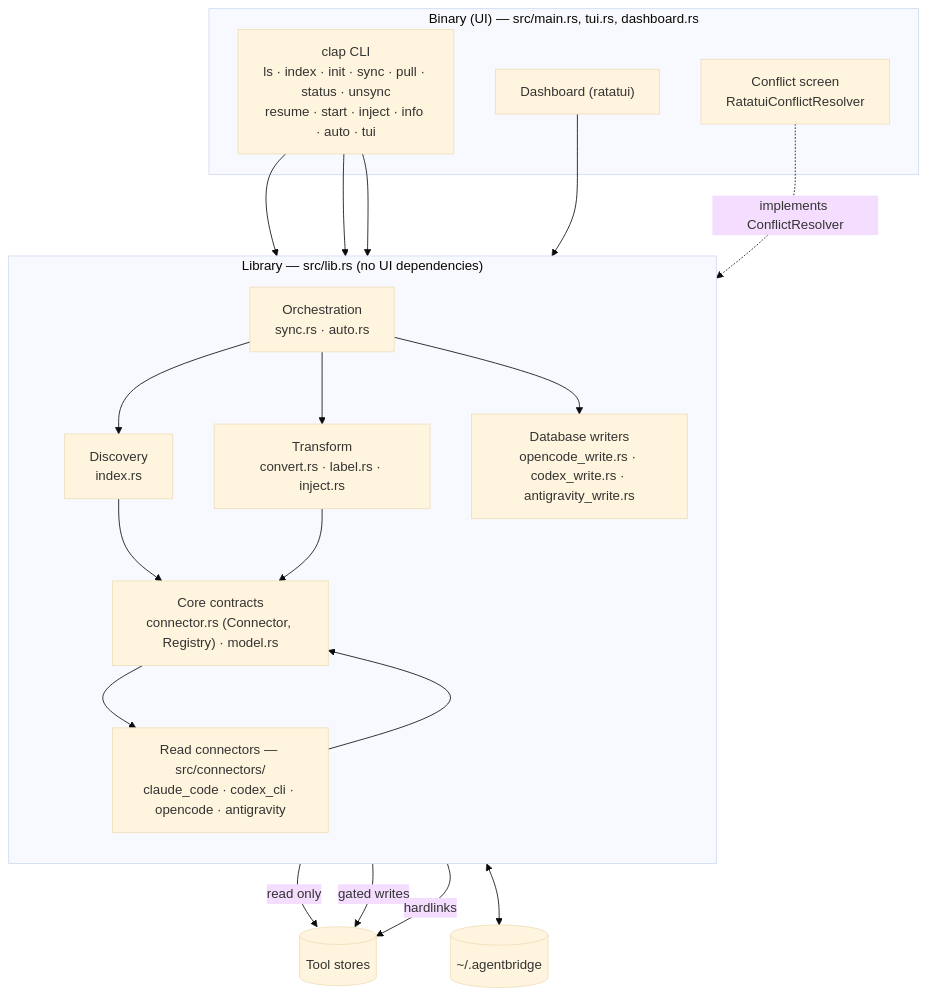
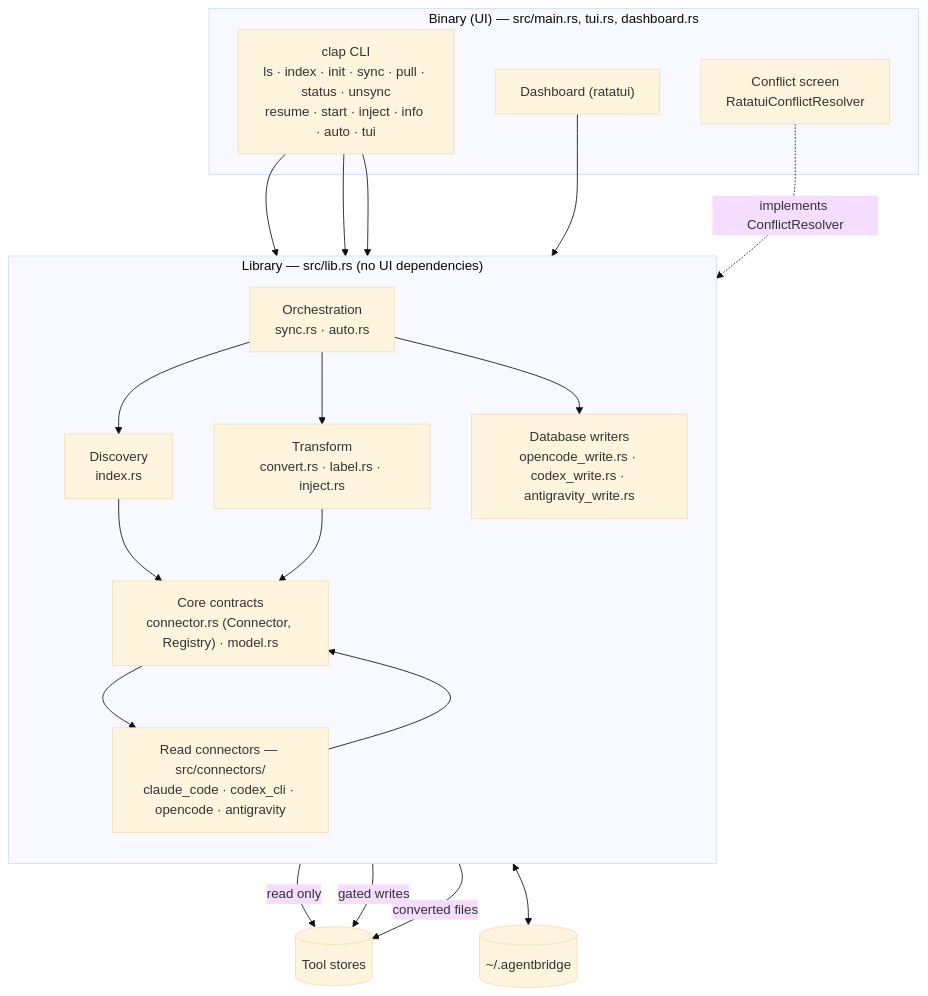
One commit to 45Harry/agentbridge changed the second of 12 diagrams in ARCHITECTURE.md. Above: the diagram before and after it, drawn with Mermaid (base theme). The commit also changed other lines of this file and 1 other file, not shown here.

First line of the commit message:
docs: bring ARCHITECTURE.md in line with the code

````diff
--- a/ARCHITECTURE.md
+++ b/ARCHITECTURE.md
@@ -53,38 +53,38 @@
 ```mermaid
 flowchart TB
     subgraph bin["Binary (UI) — src/main.rs, tui.rs, dashboard.rs"]
         cli["clap CLI<br/>ls · index · init · sync · pull · status · unsync<br/>resume · start · inject · info · auto · tui"]
         dash["Dashboard (ratatui)"]
         tui["Conflict screen<br/>RatatuiConflictResolver"]
     end
 
     subgraph lib["Library — src/lib.rs (no UI dependencies)"]
         direction TB
         orch["Orchestration<br/>sync.rs · auto.rs"]
         disc["Discovery<br/>index.rs"]
         xform["Transform<br/>convert.rs · label.rs · inject.rs"]
         writers["Database writers<br/>opencode_write.rs · codex_write.rs · antigravity_write.rs"]
         core["Core contracts<br/>connector.rs (Connector, Registry) · model.rs"]
         conns["Read connectors — src/connectors/<br/>claude_code · codex_cli · opencode · antigravity"]
     end
 
     stores[("Tool stores")]
     abdata[("~/.agentbridge")]
 
     cli --> orch
     cli --> disc
     cli --> xform
     dash --> orch
     tui -. "implements ConflictResolver" .-> orch
     orch --> disc
     orch --> xform
     orch --> writers
     disc --> core
     xform --> core
     conns --> core
     core --> conns
     conns -->|"read only"| stores
     writers -->|"gated writes"| stores
-    orch -->|"hardlinks"| stores
+    orch -->|"converted files"| stores
     orch <--> abdata
 ```
````
